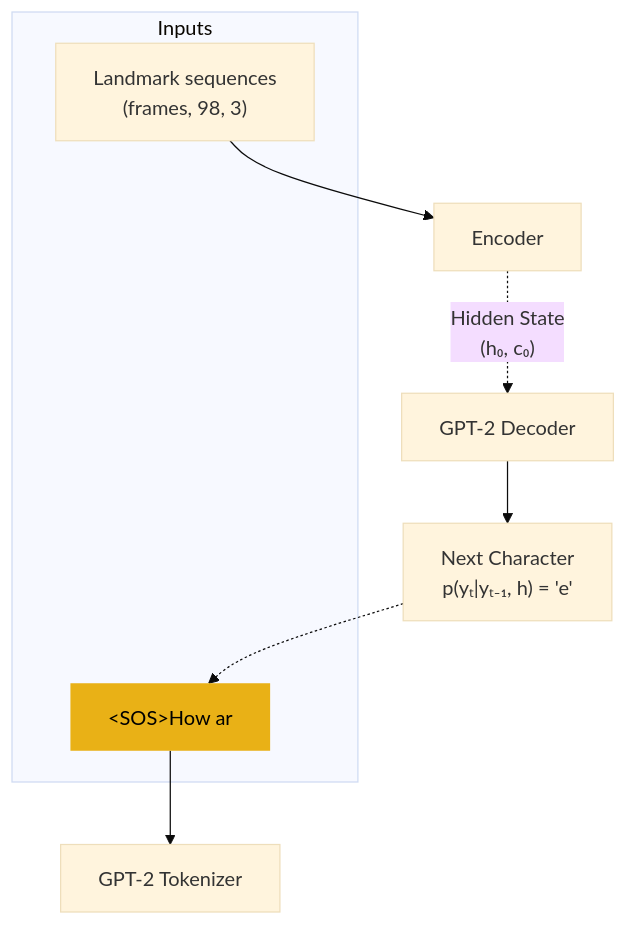
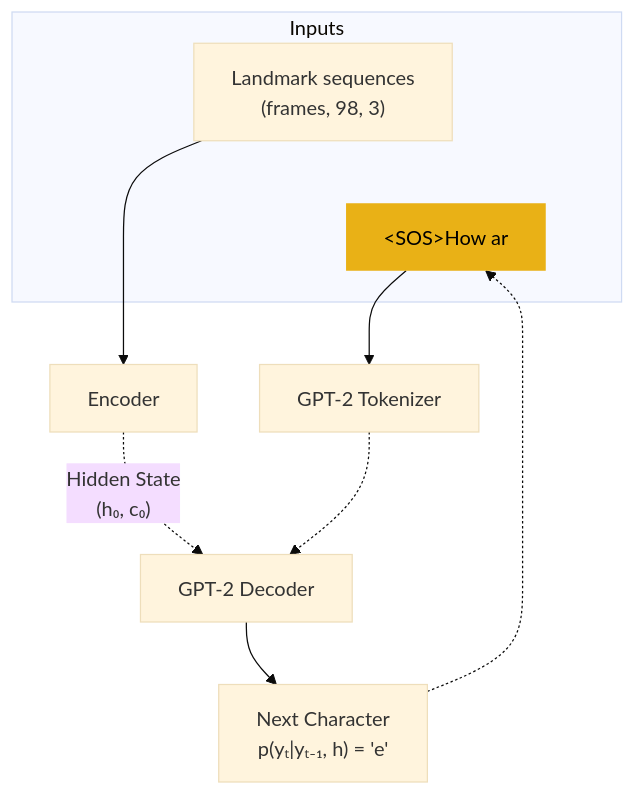
The fifth of 5 diagrams in README.md (farahpiralic/ASLens-Test), drawn with Mermaid (base theme) before and after one commit.

````diff
--- a/README.md
+++ b/README.md
@@ -156,18 +156,20 @@
 ```mermaid
 
 graph TD
 subgraph Inputs
 	A["Landmark sequences<br>(frames, 98, 3)"]
 	T["#lt;SOS#gt;How ar"]
 	A ~~~ T
 end
 
 A --> B["Encoder"]
 
 B -.-> |"Hidden State<br>(h₀, c₀)"|C["GPT-2 Decoder"]
 T--> P["GPT-2 Tokenizer"]
+P -.-> C
+
 C --> F["Next Character<br>p(yₜ|yₜ₋₁, h) = 'e'"] -.-> T
 style T fill:#e9b116,stroke:none,color:black
 
 
 ```
````
